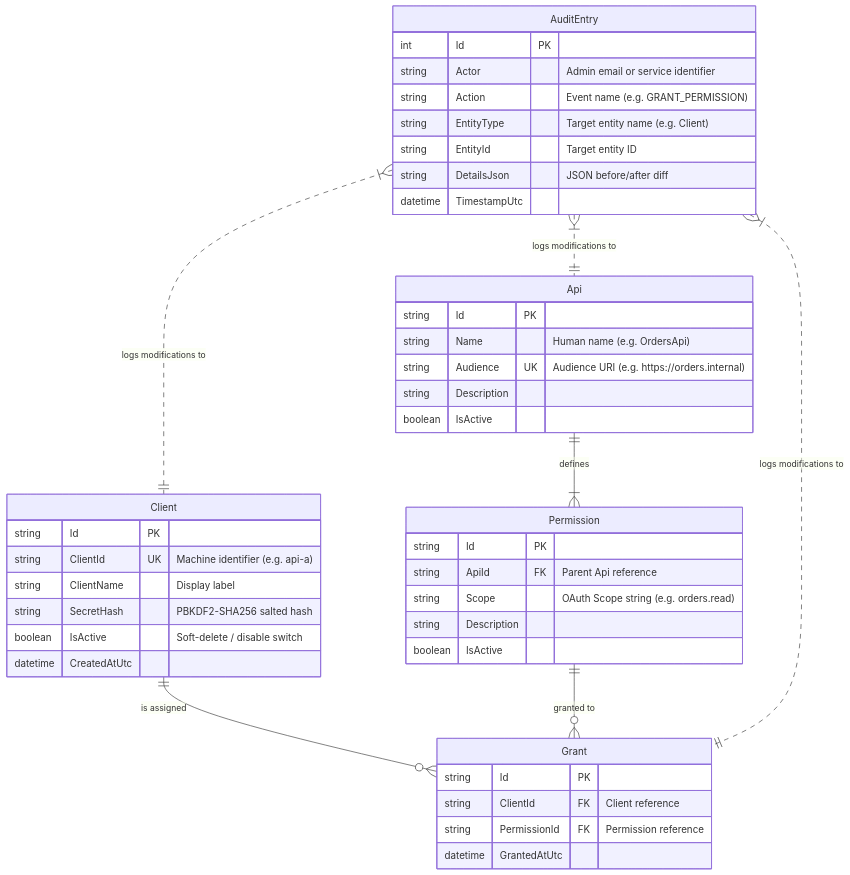
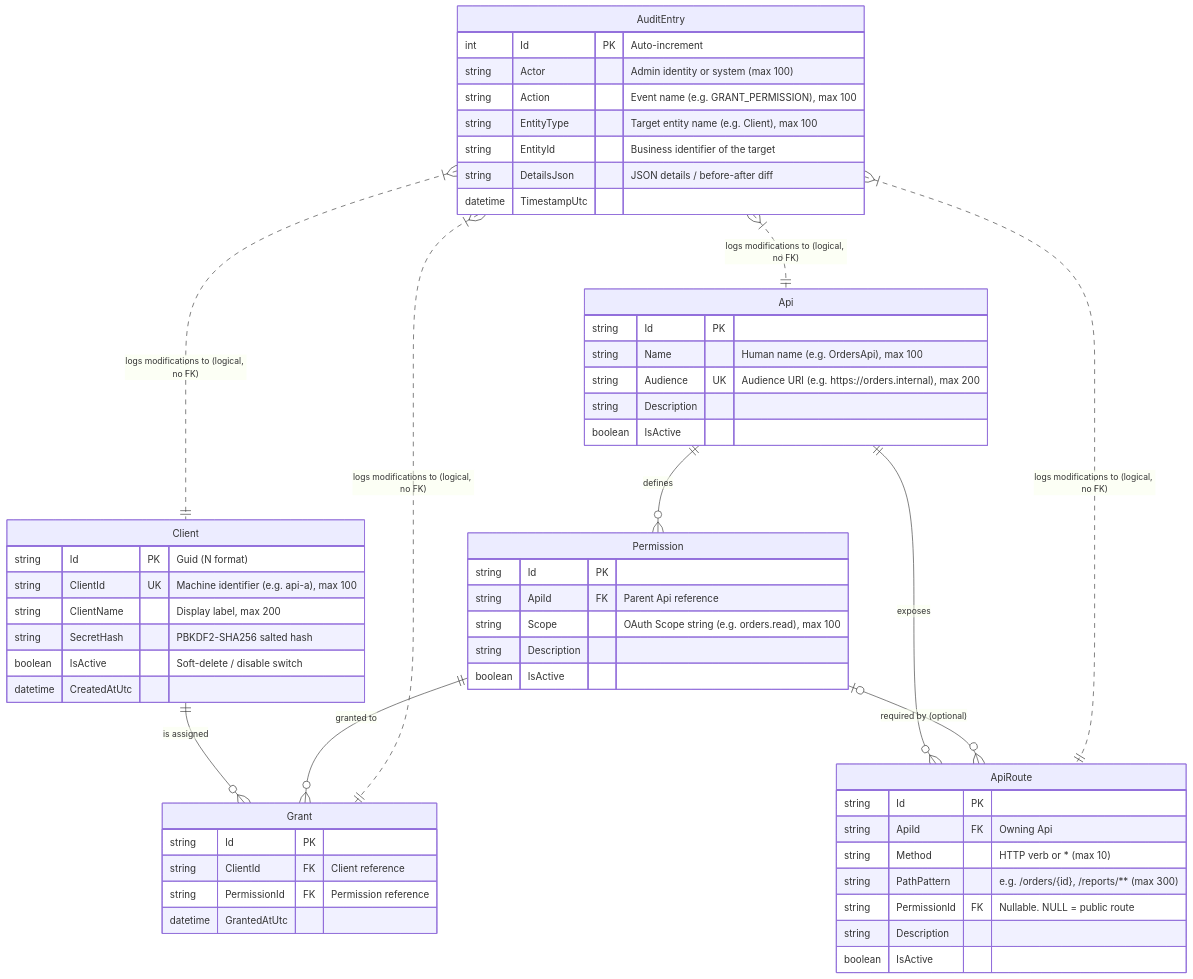
The diagram in FEDERATED_DATA_MODEL.md (gds03/federated-identity-poc), drawn with Mermaid before and after one commit. The commit also changed other lines of this file, not shown here.

````diff
--- a/FEDERATED_DATA_MODEL.md
+++ b/FEDERATED_DATA_MODEL.md
@@ -11,51 +13,65 @@
 ```mermaid
 erDiagram
     Client ||--o{ Grant : "is assigned"
     Permission ||--o{ Grant : "granted to"
-    Api ||--|{ Permission : "defines"
-    AuditEntry }|..|| Client : "logs modifications to"
-    AuditEntry }|..|| Api : "logs modifications to"
-    AuditEntry }|..|| Grant : "logs modifications to"
+    Api ||--o{ Permission : "defines"
+    Api ||--o{ ApiRoute : "exposes"
+    Permission |o--o{ ApiRoute : "required by (optional)"
+    AuditEntry }|..|| Client : "logs modifications to (logical, no FK)"
+    AuditEntry }|..|| Api : "logs modifications to (logical, no FK)"
+    AuditEntry }|..|| Grant : "logs modifications to (logical, no FK)"
+    AuditEntry }|..|| ApiRoute : "logs modifications to (logical, no FK)"
 
     Client {
-        string Id PK
-        string ClientId UK "Machine identifier (e.g. api-a)"
-        string ClientName "Display label"
+        string Id PK "Guid (N format)"
+        string ClientId UK "Machine identifier (e.g. api-a), max 100"
+        string ClientName "Display label, max 200"
         string SecretHash "PBKDF2-SHA256 salted hash"
         boolean IsActive "Soft-delete / disable switch"
         datetime CreatedAtUtc
     }
 
     Api {
         string Id PK
-        string Name "Human name (e.g. OrdersApi)"
-        string Audience UK "Audience URI (e.g. https://orders.internal)"
+        string Name "Human name (e.g. OrdersApi), max 100"
+        string Audience UK "Audience URI (e.g. https://orders.internal), max 200"
         string Description
         boolean IsActive
     }
 
     Permission {
         string Id PK
         string ApiId FK "Parent Api reference"
-        string Scope "OAuth Scope string (e.g. orders.read)"
+        string Scope "OAuth Scope string (e.g. orders.read), max 100"
         string Description
         boolean IsActive
     }
+
+    ApiRoute {
+        string Id PK
+        string ApiId FK "Owning Api"
+        string Method "HTTP verb or * (max 10)"
+        string PathPattern "e.g. /orders/{id}, /reports/** (max 300)"
+        string PermissionId FK "Nullable. NULL = public route"
+        string Description
+        boolean IsActive
+    }
+
 
     Grant {
         string Id PK
         string ClientId FK "Client reference"
         string PermissionId FK "Permission reference"
         datetime GrantedAtUtc
     }
 
-    AuditEntry {
-        int Id PK
-        string Actor "Admin email or service identifier"
-        string Action "Event name (e.g. GRANT_PERMISSION)"
-        string EntityType "Target entity name (e.g. Client)"
-        string EntityId "Target entity ID"
-        string DetailsJson "JSON before/after diff"
+        AuditEntry {
+        int Id PK "Auto-increment"
+        string Actor "Admin identity or system (max 100)"
+        string Action "Event name (e.g. GRANT_PERMISSION), max 100"
+        string EntityType "Target entity name (e.g. Client), max 100"
+        string EntityId "Business identifier of the target"
+        string DetailsJson "JSON details / before-after diff"
         datetime TimestampUtc
     }
 ```
````
